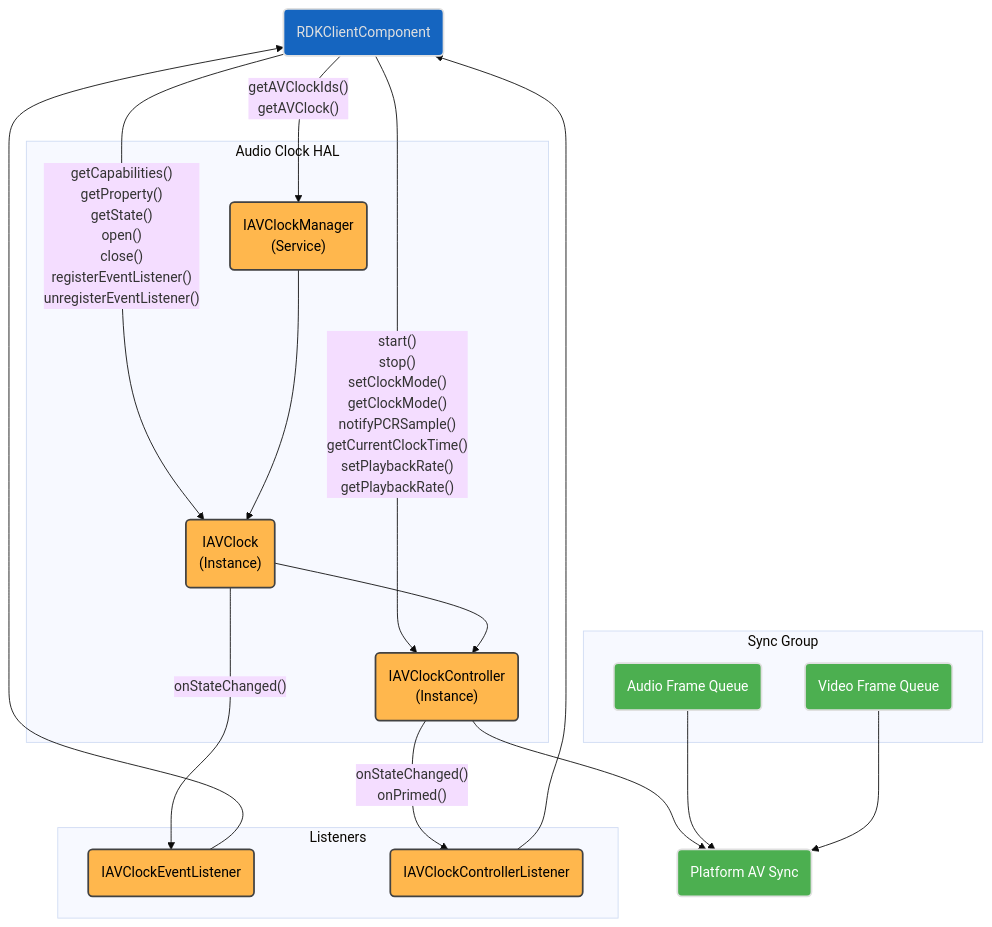
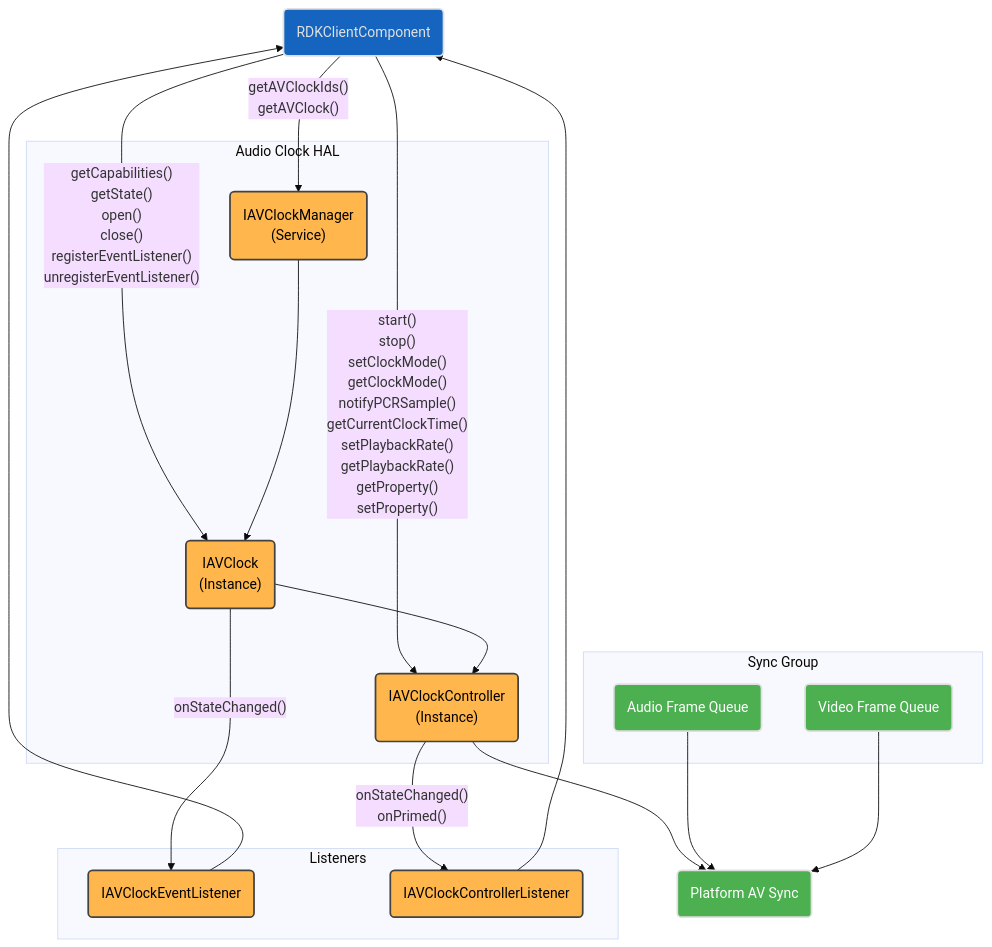
The first of 7 diagrams in avclock/current/docs/av_clock.md (rdkcentral/rdk-halif-aidl), drawn with Mermaid (base theme) before and after one commit. The commit also changed other lines of this file and 11 other files, not shown here.

````diff
--- a/avclock/current/docs/av_clock.md
+++ b/avclock/current/docs/av_clock.md
@@ -104,47 +111,47 @@
 ```mermaid
 flowchart TD
     RDKClientComponent("RDKClientComponent")
     subgraph Listeners["Listeners"]
         IAVClockEventListener("IAVClockEventListener")
         IAVClockControllerListener("IAVClockControllerListener")
     end
     subgraph IAVClockHAL["Audio Clock HAL"]
         IAVClockManager("IAVClockManager <br>(Service)")
         IAVClock("IAVClock <br>(Instance)")
         IAVClockController("IAVClockController <br>(Instance)")
     end
     subgraph SyncGroup["Sync Group"]
         AudioFrameQueue("Audio Frame Queue")
         VideoFrameQueue("Video Frame Queue")
     end
       platformAVSync("Platform AV Sync")
     RDKClientComponent -- getAVClockIds() <br> getAVClock() --> IAVClockManager
-    RDKClientComponent -- getCapabilities() <br> getProperty() <br> getState() <br> open() <br> close() <br> registerEventListener() <br> unregisterEventListener() --> IAVClock
-    RDKClientComponent -- start() <br> stop() <br> setClockMode() <br> getClockMode() <br> notifyPCRSample() <br> getCurrentClockTime() <br> setPlaybackRate() <br> getPlaybackRate() --> IAVClockController
+    RDKClientComponent -- getCapabilities() <br> getState() <br> open() <br> close() <br> registerEventListener() <br> unregisterEventListener() --> IAVClock
+    RDKClientComponent -- start() <br> stop() <br> setClockMode() <br> getClockMode() <br> notifyPCRSample() <br> getCurrentClockTime() <br> setPlaybackRate() <br> getPlaybackRate() <br> getProperty() <br> setProperty() --> IAVClockController
     IAVClockManager --> IAVClock --> IAVClockController
     IAVClock -- onStateChanged() --> IAVClockEventListener
     IAVClockController -- onStateChanged() <br> onPrimed() --> IAVClockControllerListener
     IAVClockEventListener --> RDKClientComponent
     IAVClockControllerListener --> RDKClientComponent
     IAVClockController --> platformAVSync
     %% Sync Group
     AudioFrameQueue --> platformAVSync
     VideoFrameQueue --> platformAVSync
 
     classDef background fill:#121212,stroke:none,color:#E0E0E0;
     classDef blue fill:#1565C0,stroke:#E0E0E0,stroke-width:2px,color:#E0E0E0;
     classDef lightGrey fill:#616161,stroke:#E0E0E0,stroke-width:2px,color:#FFFFFF;
     classDef wheat fill:#FFB74D,stroke:#424242,stroke-width:2px,color:#000000;
     classDef green fill:#4CAF50,stroke:#E0E0E0,stroke-width:2px,color:#FFFFFF;
     classDef default fill:#1E1E1E,stroke:#E0E0E0,stroke-width:1px,color:#E0E0E0;
 
     RDKClientComponent:::blue
     IAVClockManager:::wheat
     IAVClockController:::wheat
     IAVClock:::wheat
     IAVClockControllerListener:::wheat
     IAVClockEventListener:::wheat
     platformAVSync:::green
     AudioFrameQueue:::green
     VideoFrameQueue:::green
 ```
````
